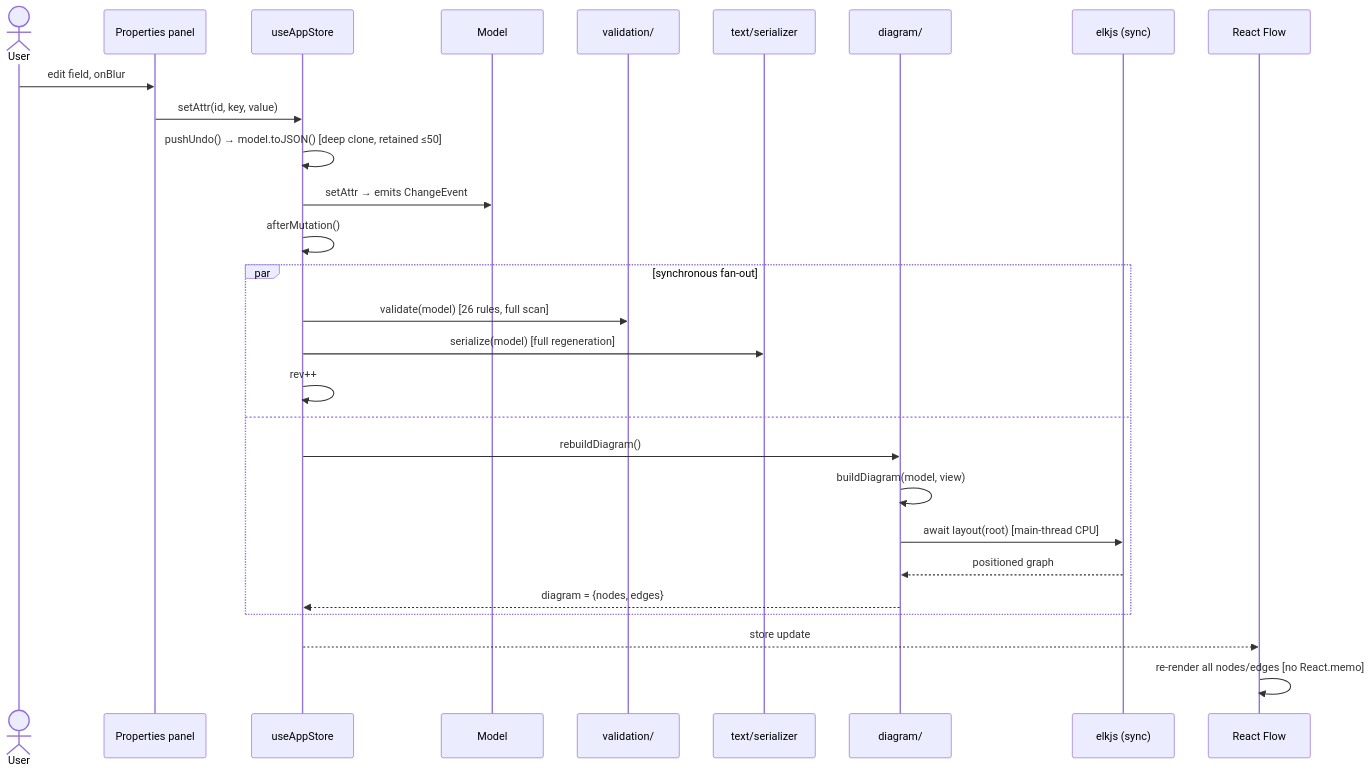
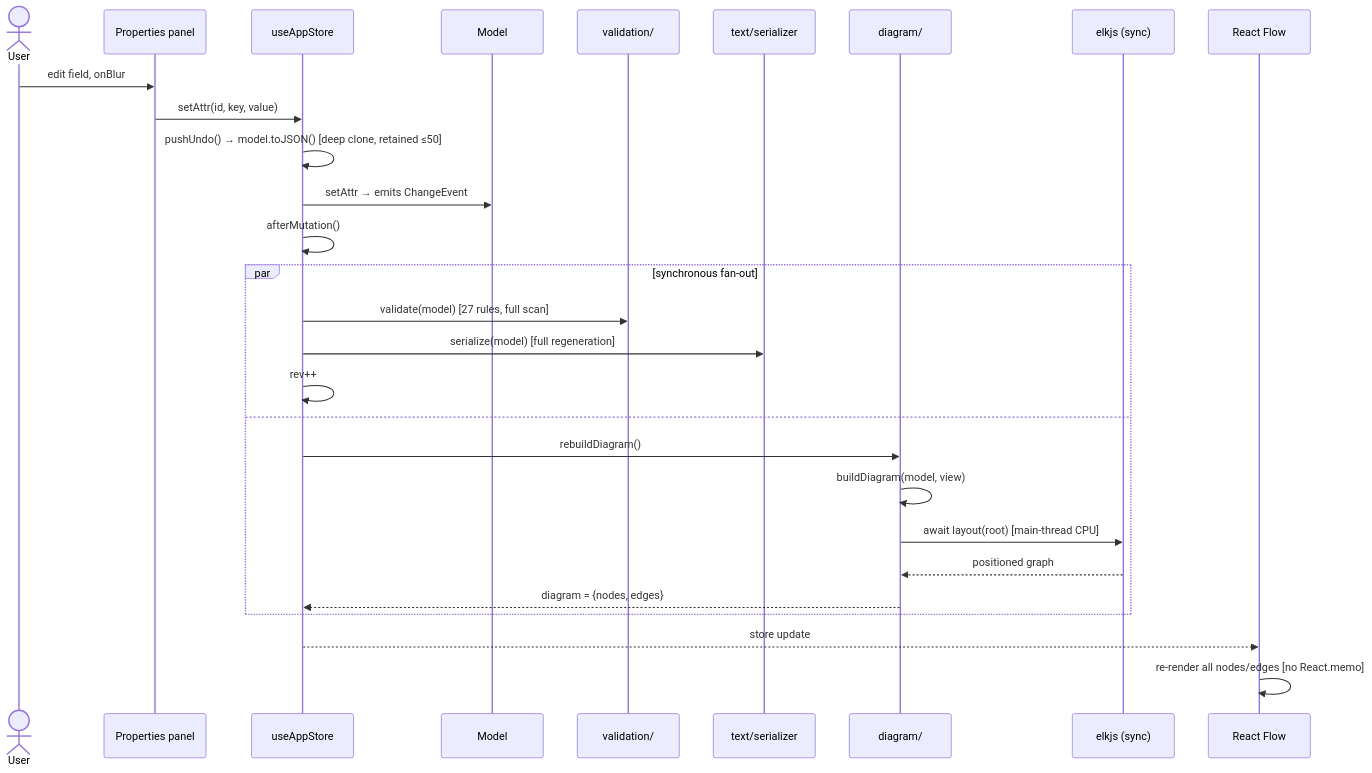
Before and after one commit to cosmindxu/sysprose: the second of 8 diagrams in docs/architecture/06-sequence-diagrams.md, drawn with Mermaid. The commit also changed 18 other files, not shown here.

````diff
--- a/docs/architecture/06-sequence-diagrams.md
+++ b/docs/architecture/06-sequence-diagrams.md
@@ -30,31 +30,31 @@
 ```mermaid
 sequenceDiagram
     actor U as User
     participant P as Properties panel
     participant S as useAppStore
     participant M as Model
     participant V as validation/
     participant T as text/serializer
     participant D as diagram/
     participant ELK as elkjs (sync)
     participant RF as React Flow
 
     U->>P: edit field, onBlur
     P->>S: setAttr(id, key, value)
     S->>S: pushUndo() → model.toJSON() [deep clone, retained ≤50]
     S->>M: setAttr → emits ChangeEvent
     S->>S: afterMutation()
     par synchronous fan-out
-        S->>V: validate(model) [26 rules, full scan]
+        S->>V: validate(model) [27 rules, full scan]
         S->>T: serialize(model) [full regeneration]
         S->>S: rev++
     and
         S->>D: rebuildDiagram()
         D->>D: buildDiagram(model, view)
         D->>ELK: await layout(root) [main-thread CPU]
         ELK-->>D: positioned graph
         D-->>S: diagram = {nodes, edges}
     end
     S-->>RF: store update
     RF->>RF: re-render all nodes/edges [no React.memo]
 ```
````
